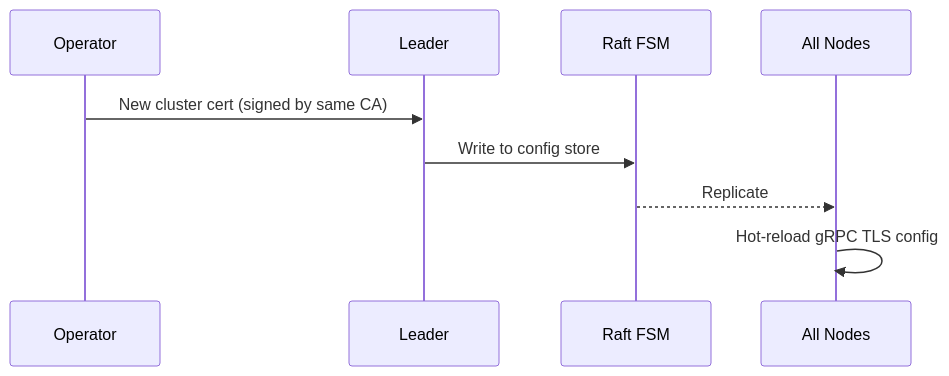
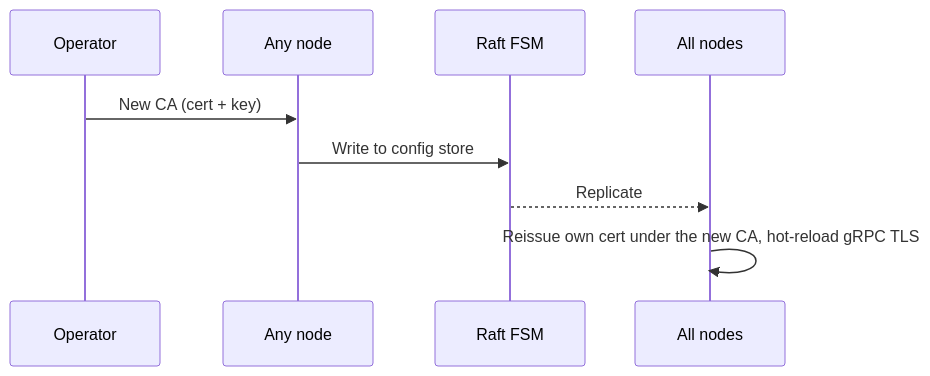
One commit to kluzzebass/gastrolog changed the fourth of 5 diagrams in docs/cluster_enrollment.md. Above: the diagram before and after it, drawn with Mermaid. The commit also changed other lines of this file and 71 other files, not shown here.

````diff
--- a/docs/cluster_enrollment.md
+++ b/docs/cluster_enrollment.md
@@ -107,12 +158,12 @@
 ```mermaid
 sequenceDiagram
     participant Op as Operator
-    participant Leader as Leader
+    participant Any as Any node
     participant Raft as Raft FSM
-    participant Nodes as All Nodes
+    participant Nodes as All nodes
 
-    Op->>Leader: New cluster cert (signed by same CA)
-    Leader->>Raft: Write to config store
+    Op->>Any: New CA (cert + key)
+    Any->>Raft: Write to config store
     Raft-->>Nodes: Replicate
-    Nodes->>Nodes: Hot-reload gRPC TLS config
+    Nodes->>Nodes: Reissue own cert under the new CA, hot-reload gRPC TLS
 ```
````
